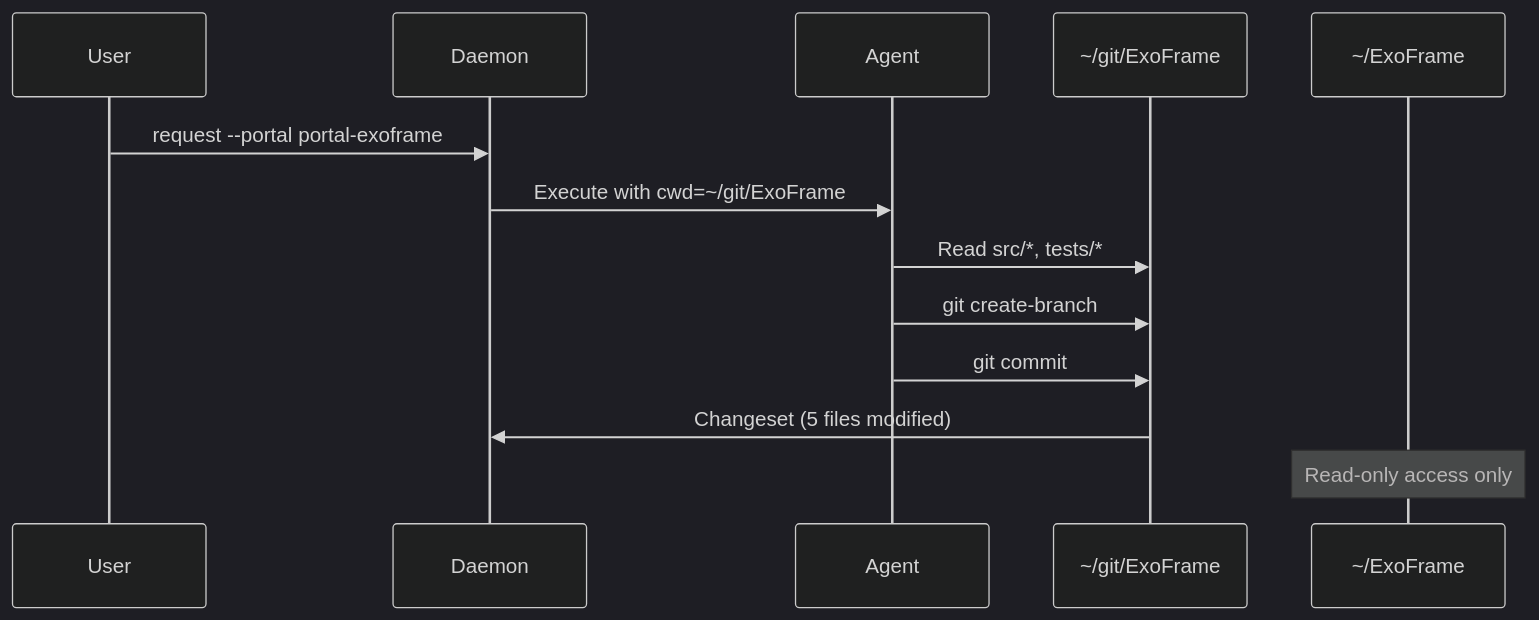
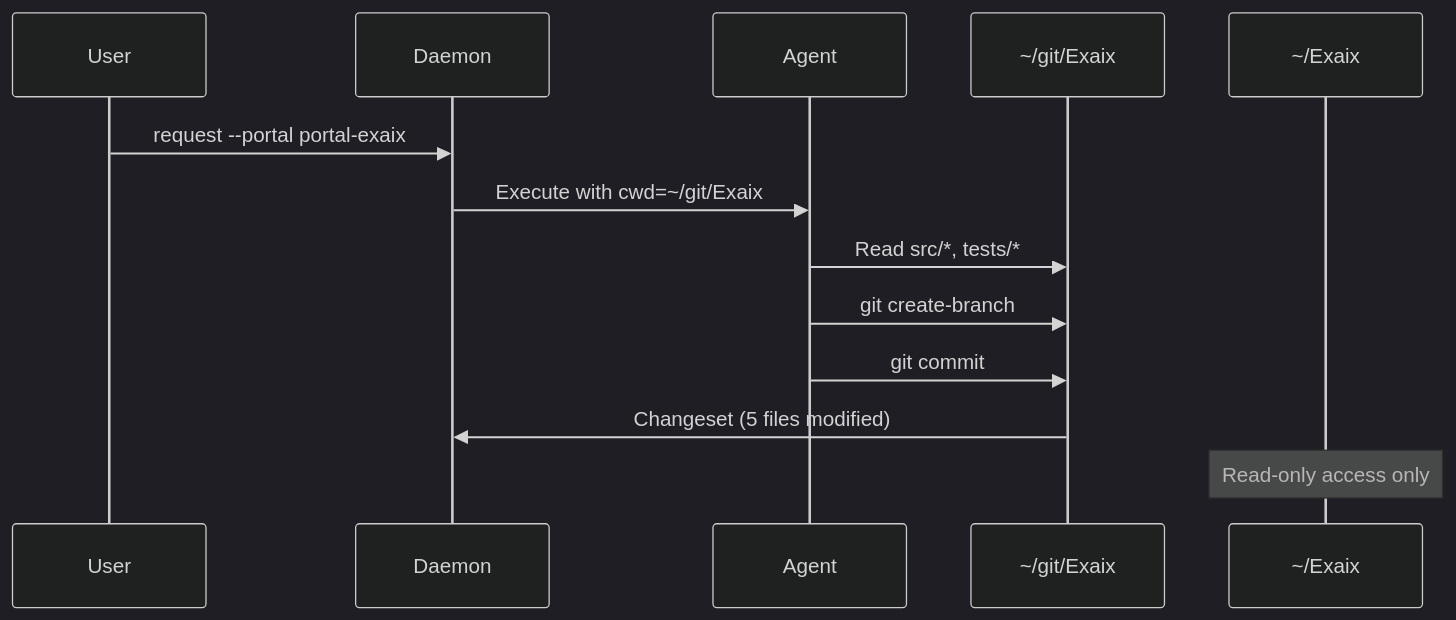
The second of 2 diagrams in .copilot/planning/phase-35-portal-workspace-integration.md (dostark/exaix-public), drawn with Mermaid (dark theme) before and after one commit. The commit also changed other lines of this file and 664 other files, not shown here.

First line of the commit message:
refactor(rebranding): rename ExoFrame to Exaix across entire codebase

````diff
--- a/.copilot/planning/phase-35-portal-workspace-integration.md
+++ b/.copilot/planning/phase-35-portal-workspace-integration.md
@@ -179,16 +179,16 @@
 ```mermaid
 sequenceDiagram
     participant User
     participant Daemon
     participant Agent
-    participant Portal as ~/git/ExoFrame
-    participant DeployedWS as ~/ExoFrame
+    participant Portal as ~/git/Exaix
+    participant DeployedWS as ~/Exaix
 
-    User->>Daemon: request --portal portal-exoframe
-    Daemon->>Agent: Execute with cwd=~/git/ExoFrame
+    User->>Daemon: request --portal portal-exaix
+    Daemon->>Agent: Execute with cwd=~/git/Exaix
     Agent->>Portal: Read src/*, tests/*
     Agent->>Portal: git create-branch
     Agent->>Portal: git commit
     Portal->>Daemon: Changeset (5 files modified)
     Note over DeployedWS: Read-only access only
 ```
````
